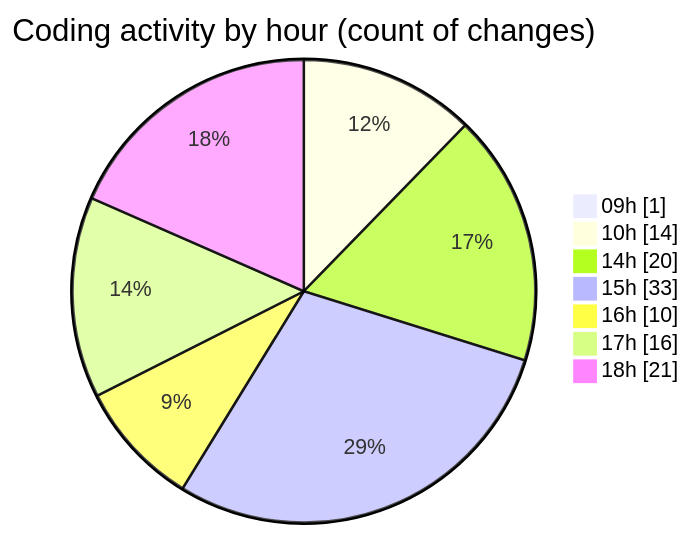
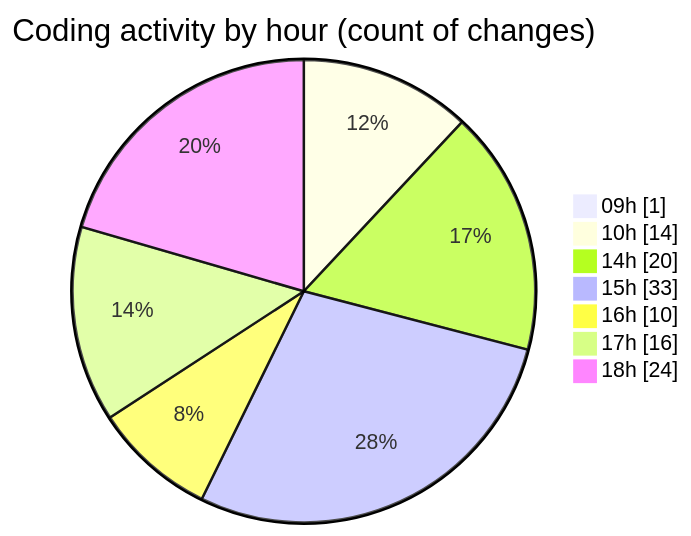
Before and after one commit to momahboobian/code-tracking: the second of 2 diagrams in 2025-11-13/cda/README.md, drawn with Mermaid. The commit also changed other lines of this file and 1 other file, not shown here.

````diff
--- a/2025-11-13/cda/README.md
+++ b/2025-11-13/cda/README.md
@@ -54,11 +54,11 @@
 ```mermaid
 pie showData
 title Coding activity by hour (count of changes)
 "09h" : 1
 "10h" : 14
 "14h" : 20
 "15h" : 33
 "16h" : 10
 "17h" : 16
-"18h" : 21
+"18h" : 24
 ```
````
